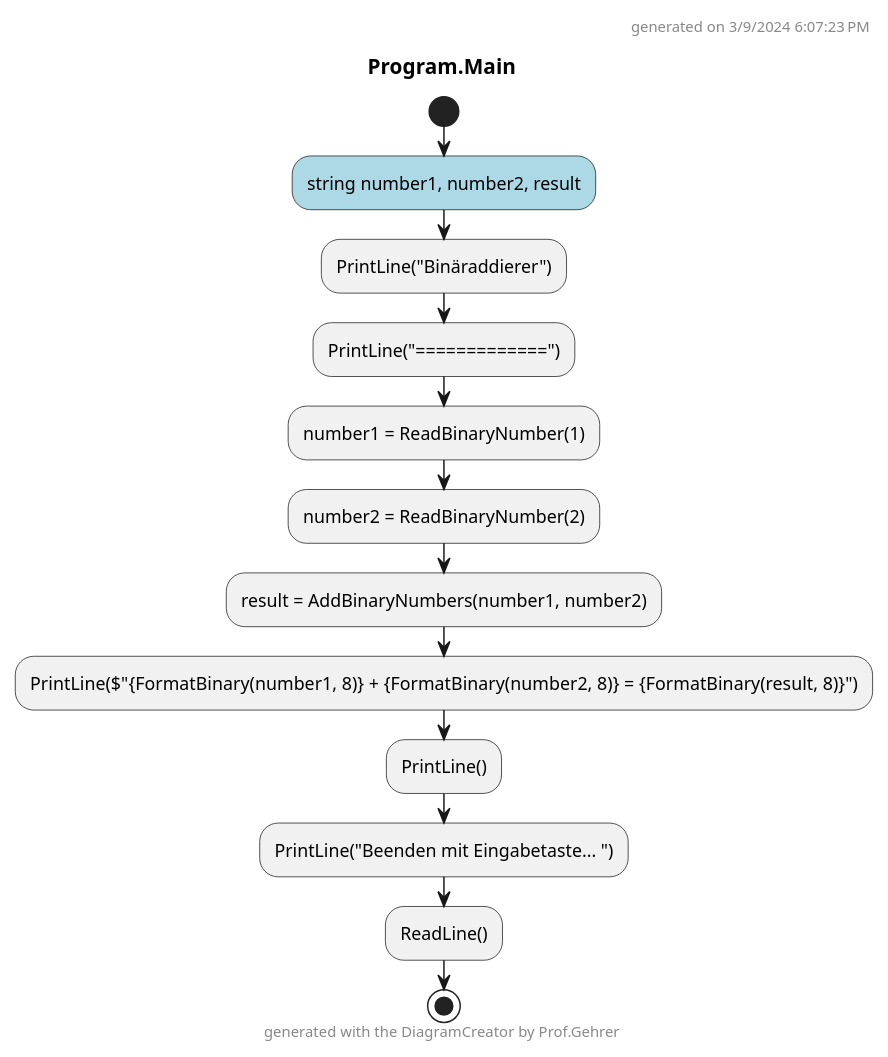
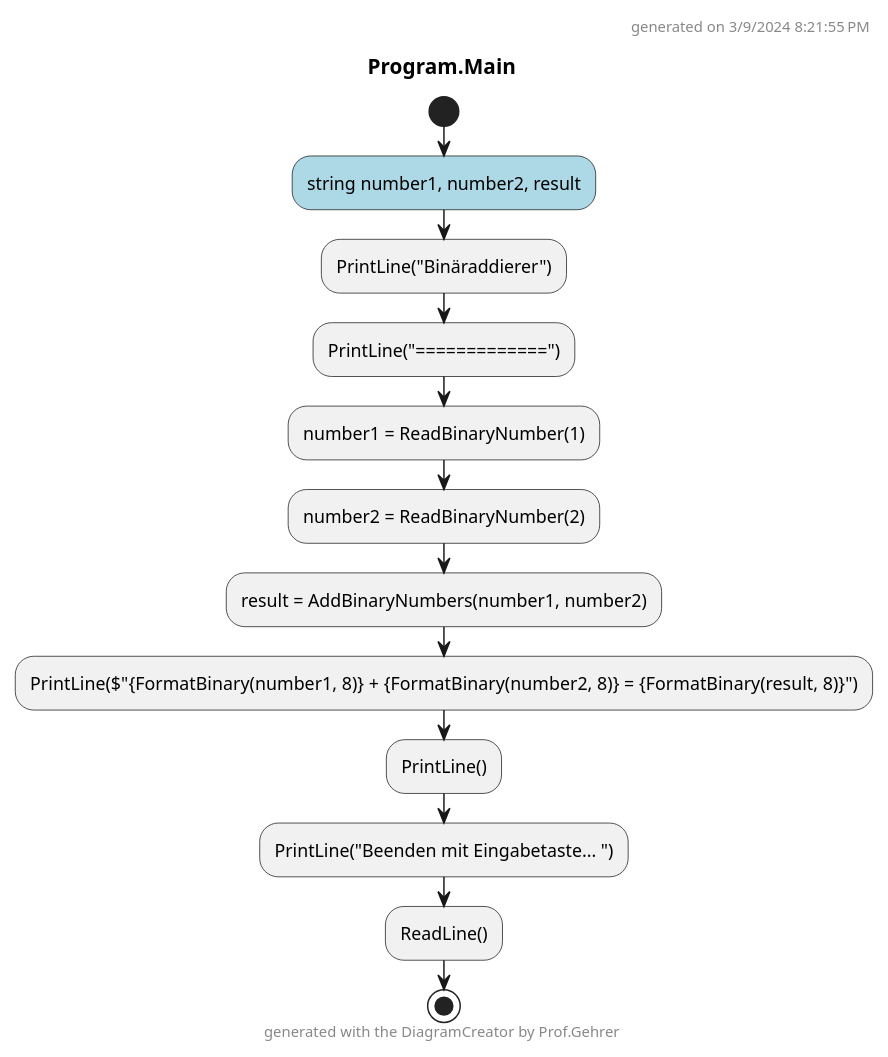
The diagram in BinaryAdder.ConApp/Diagrams/ac_Program_Main.puml (leoggehrer/2324-34_ABIF_ACIF_POSE), drawn with PlantUML before and after one commit. The commit also changed 204 other files, not shown here.

Commit message:
Created activity diagrams.

```diff
--- a/BinaryAdder.ConApp/Diagrams/ac_Program_Main.puml
+++ b/BinaryAdder.ConApp/Diagrams/ac_Program_Main.puml
@@ -1,21 +1,21 @@
 @startuml Program.Main
 header
-generated on 3/9/2024 6:07:23 PM
+generated on 3/9/2024 8:21:55 PM
 end header
 title Program.Main
 start
 #LightBlue:string number1, number2, result;
 :PrintLine("Binäraddierer");
 :PrintLine("=============");
 :number1 = ReadBinaryNumber(1);
 :number2 = ReadBinaryNumber(2);
 :result = AddBinaryNumbers(number1, number2);
 :PrintLine($"{FormatBinary(number1, 8)} + {FormatBinary(number2, 8)} =  {FormatBinary(result, 8)}");
 :PrintLine();
 :PrintLine("Beenden mit Eingabetaste... ");
 :ReadLine();
 footer
 generated with the DiagramCreator by Prof.Gehrer
 end footer
 stop
 @enduml
```
